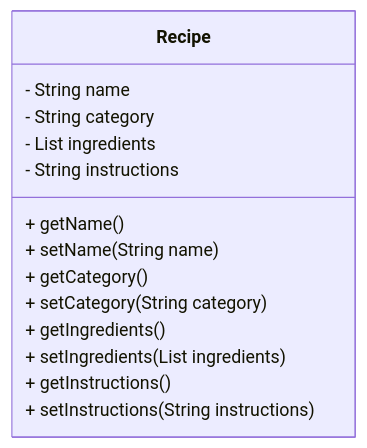
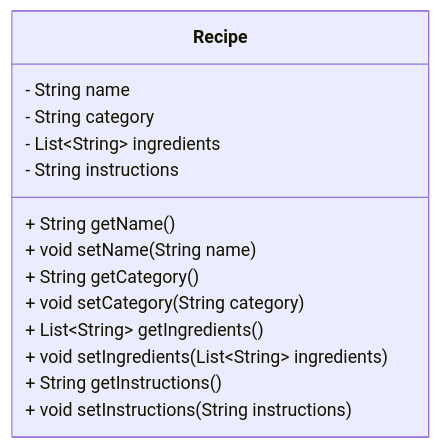
One commit to chidiiiiii/Recipe-Manager changed the diagram in README.md. Above: the diagram before and after it, drawn with Mermaid.

````diff
--- a/README.md
+++ b/README.md
@@ -17,18 +17,19 @@
 ```mermaid
 classDiagram
     class Recipe {
         - String name
         - String category
-        - List<String> ingredients
+        - List~String~ ingredients
         - String instructions
 
-        + getName()
-        + setName(String name)
-        + getCategory()
-        + setCategory(String category)
-        + getIngredients()
-        + setIngredients(List<String> ingredients)
-        + getInstructions()
-        + setInstructions(String instructions)
+        + String getName()
+        + void setName(String name)
+        + String getCategory()
+        + void setCategory(String category)
+        + List~String~ getIngredients()
+        + void setIngredients(List~String~ ingredients)
+        + String getInstructions()
+        + void setInstructions(String instructions)
     }
+
 ```
````
